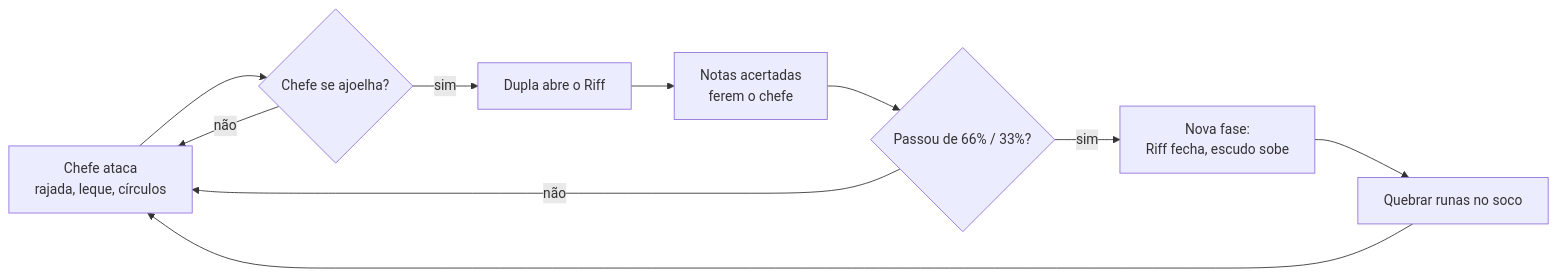
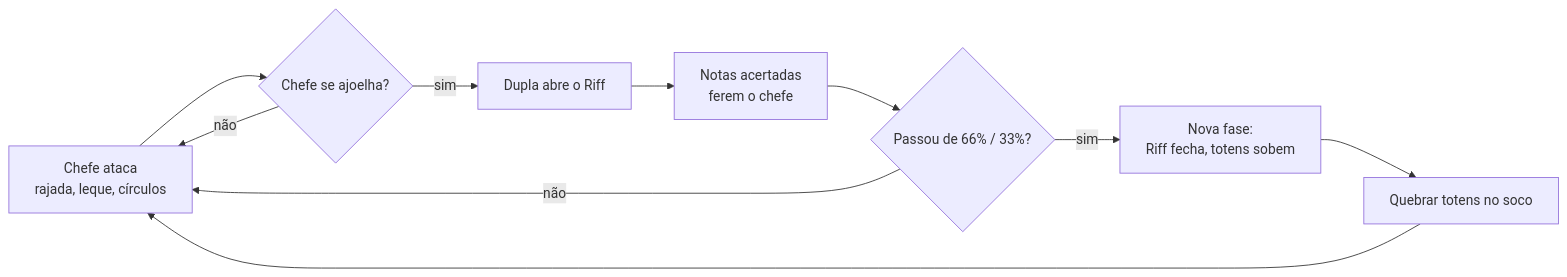
One commit to lucas-gif561/metalworld changed the second of 5 diagrams in docs/DOCUMENTACAO.md. Above: the diagram before and after it, drawn with Mermaid. The commit also changed other lines of this file and 1 other file, not shown here.

````diff
--- a/docs/DOCUMENTACAO.md
+++ b/docs/DOCUMENTACAO.md
@@ -150,12 +172,12 @@
 ```mermaid
 flowchart LR
     A[Chefe ataca<br/>rajada, leque, círculos] --> B{Chefe se ajoelha?}
     B -- sim --> C[Dupla abre o Riff]
     C --> D[Notas acertadas<br/>ferem o chefe]
     D --> E{Passou de 66% / 33%?}
-    E -- sim --> F[Nova fase:<br/>Riff fecha, escudo sobe]
-    F --> G[Quebrar runas no soco]
+    E -- sim --> F[Nova fase:<br/>Riff fecha, totens sobem]
+    F --> G[Quebrar totens no soco]
     G --> A
     E -- não --> A
     B -- não --> A
 ```
````
